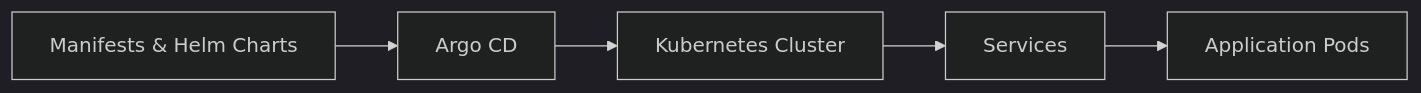
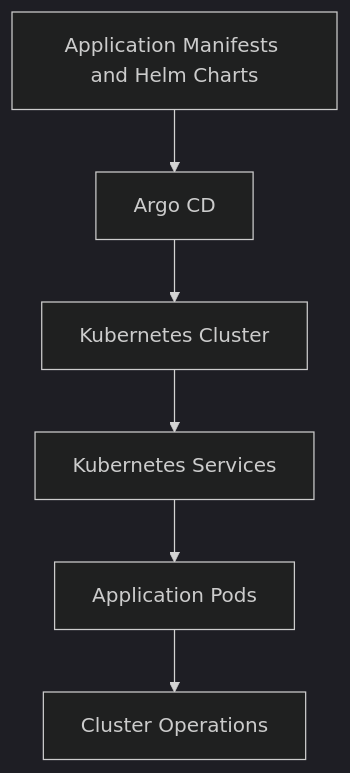
One commit to manesaurabh1704-devops/manesaurabh1704-devops changed the fourth of 8 diagrams in README.md. Above: the diagram before and after it, drawn with Mermaid (dark theme). The commit also changed other lines of this file, not shown here.

````diff
--- a/README.md
+++ b/README.md
@@ -203,4 +320,8 @@
 ```mermaid
-flowchart LR
-    A["Manifests & Helm Charts"] --> B["Argo CD"] --> C["Kubernetes Cluster"] --> D["Services"] --> E["Application Pods"]
+flowchart TD
+    A["Application Manifests and Helm Charts"] --> B["Argo CD"]
+    B --> C["Kubernetes Cluster"]
+    C --> D["Kubernetes Services"]
+    D --> E["Application Pods"]
+    E --> F["Cluster Operations"]
 ```
````
